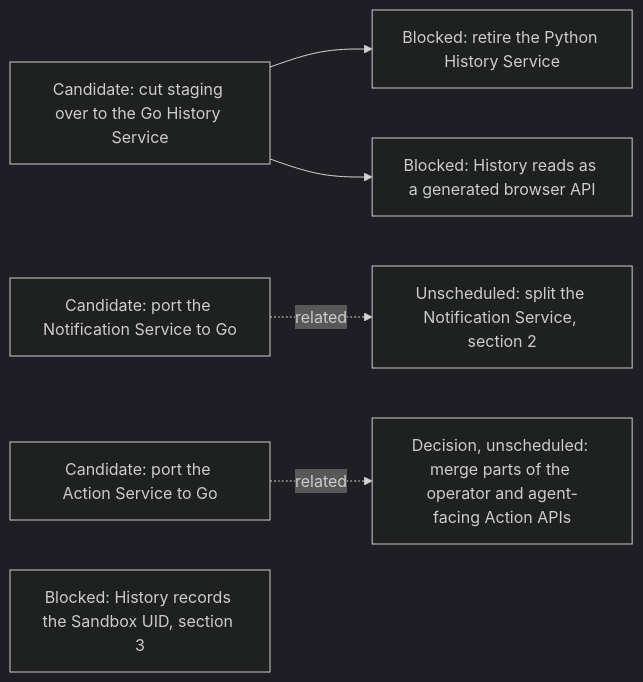
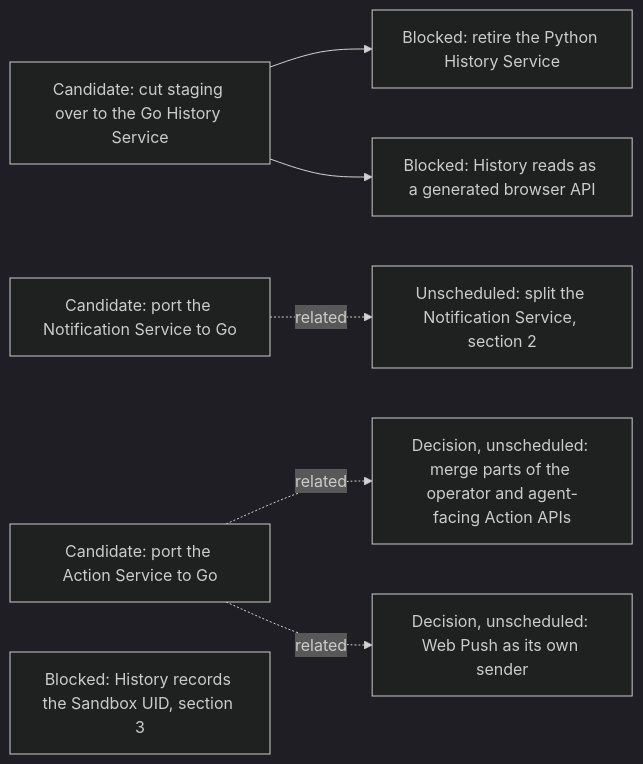
Diagram 17 of 17 in agentplane/plans/task_dag.md (agentydragon/ducktape), drawn with Mermaid (dark theme) before and after one commit. The commit also changed other lines of this file, not shown here.

First line of the commit message:
Task DAG: record Web Push as its own sender as a decision node

````diff
--- a/agentplane/plans/task_dag.md
+++ b/agentplane/plans/task_dag.md
@@ -1926,15 +1926,17 @@
 ```mermaid
 flowchart LR
     HISTORY_GO_STAGING_CUTOVER[Candidate: cut staging over to the Go History Service]
     HISTORY_PYTHON_RETIREMENT[Blocked: retire the Python History Service]
     HISTORY_READS_FACADE[Blocked: History reads as a generated browser API]
     NOTIFICATION_SERVICE_GO_PORT[Candidate: port the Notification Service to Go]
     ACTION_SERVICE_GO_PORT[Candidate: port the Action Service to Go]
     ACTION_API_MERGE[Decision, unscheduled: merge parts of the operator and agent-facing Action APIs]
+    WEB_PUSH_SERVICE[Decision, unscheduled: Web Push as its own sender]
     NOTIFICATION_SERVICE_SPLIT[Unscheduled: split the Notification Service, section 2]
     HISTORY_SANDBOX_UID[Blocked: History records the Sandbox UID, section 3]
     HISTORY_GO_STAGING_CUTOVER --> HISTORY_PYTHON_RETIREMENT
     HISTORY_GO_STAGING_CUTOVER --> HISTORY_READS_FACADE
     NOTIFICATION_SERVICE_GO_PORT -. related .-> NOTIFICATION_SERVICE_SPLIT
     ACTION_SERVICE_GO_PORT -. related .-> ACTION_API_MERGE
+    ACTION_SERVICE_GO_PORT -. related .-> WEB_PUSH_SERVICE
 ```
````
